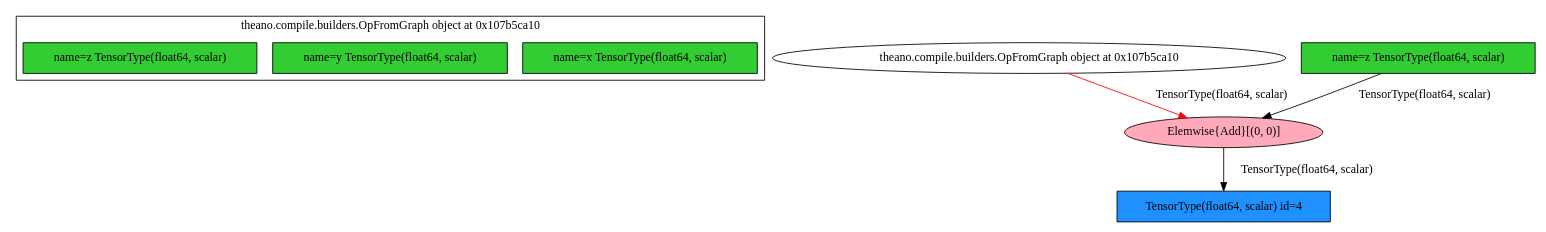
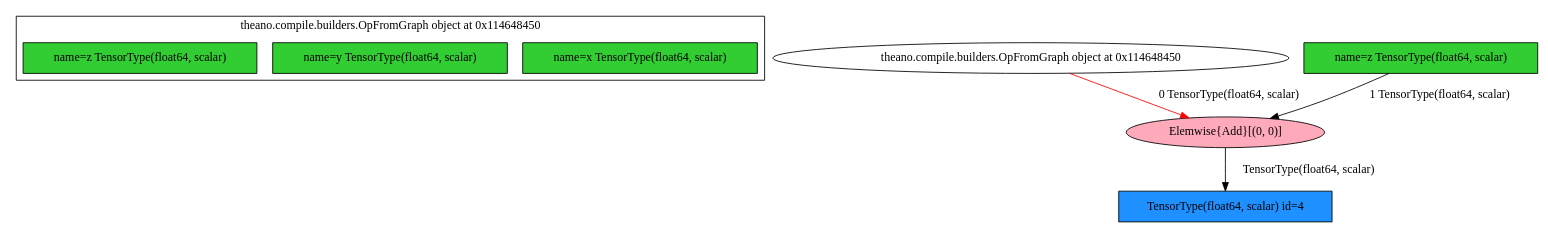
The diagram in doc/d3printing/GSoC/150724_opfrom/example2/index.dot (Theano/Theano), drawn with Graphviz before and after one commit. The commit also changed 8 other files, not shown here.

```diff
--- a/doc/d3printing/GSoC/150724_opfrom/example2/index.dot
+++ b/doc/d3printing/GSoC/150724_opfrom/example2/index.dot
@@ -1,70 +1,70 @@
 digraph G {
-	graph [bb="0,0,1448,251"];
+	graph [bb="0,0,1450,251"];
 	node [label="\N"];
 	subgraph cluster__1 {
 		graph [bb="8,168,723,243",
-			label="theano.compile.builders.OpFromGraph object at 0x107b5ca10",
+			label="theano.compile.builders.OpFromGraph object at 0x114648450",
 			lheight=0.21,
 			lp="365.5,231.5",
-			lwidth=4.88
+			lwidth=4.90
 		];
 		_2		 [fillcolor=limegreen,
 			height=0.5,
 			label="name=x TensorType(float64, scalar)",
 			pos="604,194",
 			shape=box,
 			style=filled,
 			width=3.0625];
 		_3		 [fillcolor=limegreen,
 			height=0.5,
 			label="name=y TensorType(float64, scalar)",
 			pos="365,194",
 			shape=box,
 			style=filled,
 			width=3.0625];
 		_4		 [fillcolor=limegreen,
 			height=0.5,
 			label="name=z TensorType(float64, scalar)",
 			pos="126,194",
 			shape=box,
 			style=filled,
 			width=3.0556];
 	}
 	_1	 [height=0.5,
-		label="theano.compile.builders.OpFromGraph object at 0x107b5ca10",
-		pos="971,194",
+		label="theano.compile.builders.OpFromGraph object at 0x114648450",
+		pos="972,194",
 		shape=ellipse,
-		width=6.6185];
+		width=6.6504];
 	_5	 [fillcolor="#FFAABB",
 		height=0.5,
 		label="Elemwise{Add}[(0, 0)]",
-		pos="1154,106",
+		pos="1156,106",
 		shape=ellipse,
 		style=filled,
 		type=colored,
 		width=2.6784];
 	_1 -> _5	 [color=red,
-		label="TensorType(float64, scalar)",
-		lp="1157,150",
-		pos="e,1120.1,122.94 1007.2,176.01 1036.9,162.04 1079.1,142.19 1110.7,127.37"];
+		label="0 TensorType(float64, scalar)",
+		lp="1164.5,150",
+		pos="e,1121.9,122.94 1008.4,176.01 1038.4,161.97 1081.1,142.02 1112.8,127.18"];
 	_7	 [fillcolor=dodgerblue,
 		height=0.5,
 		label="TensorType(float64, scalar) id=4",
-		pos="1154,18",
+		pos="1156,18",
 		shape=box,
 		style=filled,
 		width=2.7847];
 	_5 -> _7	 [label="TensorType(float64, scalar)",
-		lp="1232,62",
-		pos="e,1154,36.084 1154,87.597 1154,75.746 1154,59.817 1154,46.292"];
+		lp="1234,62",
+		pos="e,1156,36.084 1156,87.597 1156,75.746 1156,59.817 1156,46.292"];
 	_6	 [fillcolor=limegreen,
 		height=0.5,
 		label="name=z TensorType(float64, scalar)",
-		pos="1338,194",
+		pos="1340,194",
 		shape=box,
 		style=filled,
 		width=3.0556];
-	_6 -> _5	 [label="TensorType(float64, scalar)",
-		lp="1347,150",
-		pos="e,1193.7,122.51 1306.2,175.76 1287,165.54 1261.8,152.55 1239,142 1227.5,136.66 1214.9,131.25 1203,126.34"];
+	_6 -> _5	 [label="1 TensorType(float64, scalar)",
+		lp="1364.5,150",
+		pos="e,1202.1,121.95 1313.3,175.88 1296.2,165.33 1273.3,151.95 1252,142 1239.2,136.01 1225.1,130.36 1211.7,125.42"];
 }
```
